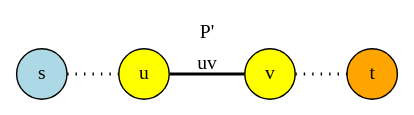
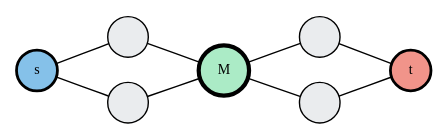
The second of 17 diagrams in presentation.qmd (amitai100/bidirectional-dijkstra), drawn with Graphviz before and after one commit. The commit also changed other lines of this file, not shown here.

````diff
--- a/presentation.qmd
+++ b/presentation.qmd
@@ -50,18 +38,28 @@
 ```{dot}
+//| fig-height: 2.5
 graph {
     rankdir=LR;
-    node [shape=circle];
+    node [shape=circle, width=0.4, fontsize=10];
+    graph [size="6,2"];
 
-    label="P'";
-    labelloc="t"; // Places the label at the top
+    s [label="s", style=filled, fillcolor="#85C1E9", penwidth=2];
+    F1 [label="", style=filled, fillcolor="#EAECEE"];
+    F2 [label="", style=filled, fillcolor="#EAECEE"];
+    M [label="M", style=filled, fillcolor="#ABEBC6", penwidth=3, fixedsize=true, width=0.5];
+    B1 [label="", style=filled, fillcolor="#EAECEE"];
+    B2 [label="", style=filled, fillcolor="#EAECEE"];
+    t [label="t", style=filled, fillcolor="#F1948A", penwidth=2];
 
-    s [label="s", style=filled, fillcolor=lightblue];
-    u [label="u", style=filled, fillcolor=yellow];
-    v [label="v", style=filled, fillcolor=yellow];
-    t [label="t", style=filled, fillcolor=orange];
-    
-    s -- u [style="dotted", penwidth=2];
-    u -- v [penwidth=2, label="uv"];
-    v -- t [style="dotted", penwidth=2];
+    s -- F1;
+    s -- F2;
+    F1 -- M;
+    F2 -- M;
+    M -- B1;
+    M -- B2;
+    B1 -- t;
+    B2 -- t;
+
+    {rank=same; F1; F2}
+    {rank=same; B1; B2}
 }
 ```
````
